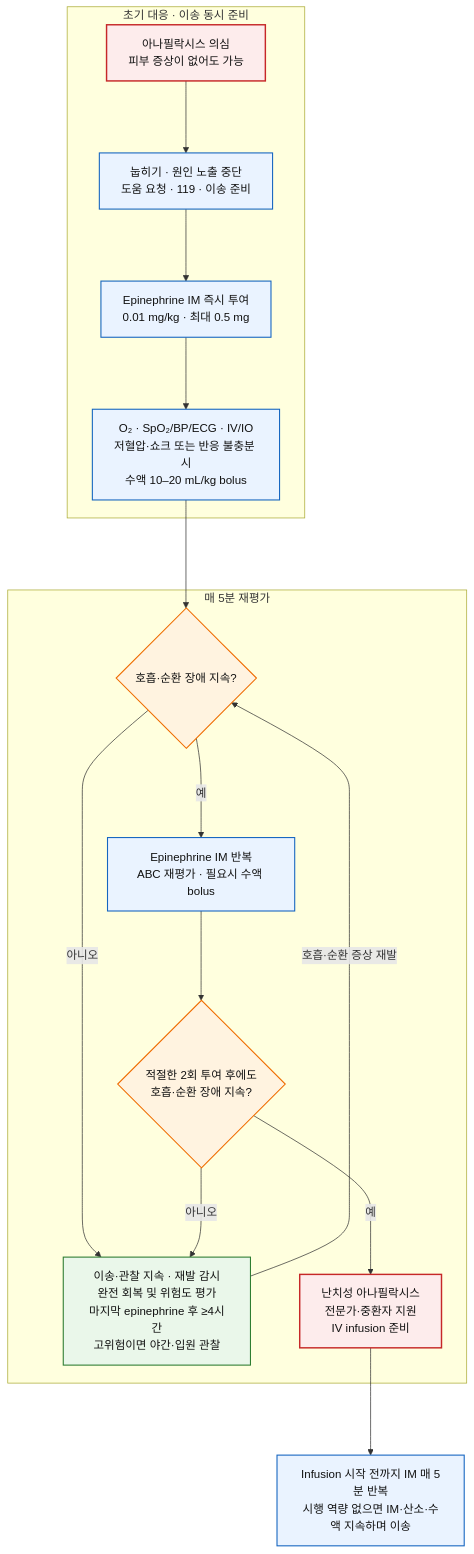
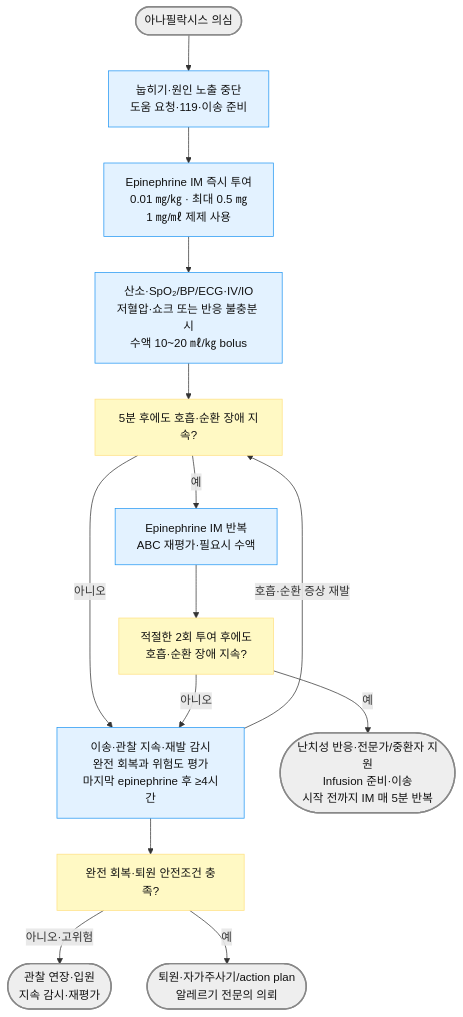
One commit to familyoh77/familyoh77 changed the diagram in 230_/188_-anaphylaxis.md. Above: the diagram before and after it, drawn with Mermaid. The commit also changed other lines of this file and 16 other files, not shown here.

````diff
--- a/230_/188_-anaphylaxis.md
+++ b/230_/188_-anaphylaxis.md
@@ -124,26 +124,22 @@
 ```mermaid
 flowchart TD
-    subgraph I["초기 대응 · 이송 동시 준비"]
-        A["아나필락시스 의심<br/>피부 증상이 없어도 가능"] ---> B["눕히기 · 원인 노출 중단<br/>도움 요청 · 119 · 이송 준비"]
-        B ---> C["Epinephrine IM 즉시 투여<br/>0.01 mg/kg · 최대 0.5 mg"]
-        C ---> D["O₂ · SpO₂/BP/ECG · IV/IO<br/>저혈압·쇼크 또는 반응 불충분 시<br/>수액 10–20 mL/kg bolus"]
-    end
-    subgraph R["매 5분 재평가"]
-        E{"호흡·순환 장애 지속?"} --->|"아니오"| F["이송·관찰 지속 · 재발 감시<br/>완전 회복 및 위험도 평가<br/>마지막 epinephrine 후 ≥4시간<br/>고위험이면 야간·입원 관찰"]
-        E --->|"예"| G["Epinephrine IM 반복<br/>ABC 재평가 · 필요시 수액 bolus"]
-        G ---> H{"적절한 2회 투여 후에도<br/>호흡·순환 장애 지속?"}
-        H --->|"아니오"| F
-        H --->|"예"| J["난치성 아나필락시스<br/>전문가·중환자 지원<br/>IV infusion 준비"]
-    end
-    D ---> E
-    F --->|"호흡·순환 증상 재발"| E
-    J ---> K["Infusion 시작 전까지 IM 매 5분 반복<br/>시행 역량 없으면 IM·산소·수액 지속하며 이송"]
-    classDef danger fill:#FDECEC,stroke:#C62828,color:#111,stroke-width:2px;
-    classDef action fill:#EAF3FF,stroke:#1565C0,color:#111,stroke-width:1.5px;
-    classDef decision fill:#FFF3E0,stroke:#EF6C00,color:#111,stroke-width:1.5px;
-    classDef disposition fill:#EAF7EA,stroke:#2E7D32,color:#111,stroke-width:1.5px;
-    class A,J danger;
-    class B,C,D,G,K action;
-    class E,H decision;
-    class F disposition;
+    A(["아나필락시스 의심"]) --> B["눕히기·원인 노출 중단<br/>도움 요청·119·이송 준비"]
+    B --> C["Epinephrine IM 즉시 투여<br/>0.01 ㎎/㎏ · 최대 0.5 ㎎<br/>1 ㎎/㎖ 제제 사용"]
+    C --> D["산소·SpO₂/BP/ECG·IV/IO<br/>저혈압·쇼크 또는 반응 불충분 시<br/>수액 10~20 ㎖/㎏ bolus"]
+    D --> E["5분 후에도 호흡·순환 장애 지속?"]
+    E -->|"아니오"| F["이송·관찰 지속·재발 감시<br/>완전 회복과 위험도 평가<br/>마지막 epinephrine 후 ≥4시간"]
+    E -->|"예"| G["Epinephrine IM 반복<br/>ABC 재평가·필요시 수액"]
+    G --> H["적절한 2회 투여 후에도<br/>호흡·순환 장애 지속?"]
+    H -->|"아니오"| F
+    H -->|"예"| J(["난치성 반응·전문가/중환자 지원<br/>Infusion 준비·이송<br/>시작 전까지 IM 매 5분 반복"])
+    F -->|"호흡·순환 증상 재발"| E
+    F --> Q["완전 회복·퇴원 안전조건 충족?"]
+    Q -->|"아니오·고위험"| K(["관찰 연장·입원<br/>지속 감시·재평가"])
+    Q -->|"예"| L(["퇴원·자가주사기/action plan<br/>알레르기 전문의 의뢰"])
+    classDef terminal fill:#eeeeee,stroke:#888888,color:#111,stroke-width:2px;
+    classDef action fill:#e3f2ff,stroke:#2196f3,color:#111;
+    classDef question fill:#fff9c4,stroke:#ffe082,color:#111;
+    class A,J,K,L terminal;
+    class B,C,D,F,G action;
+    class E,H,Q question;
 ```
````
